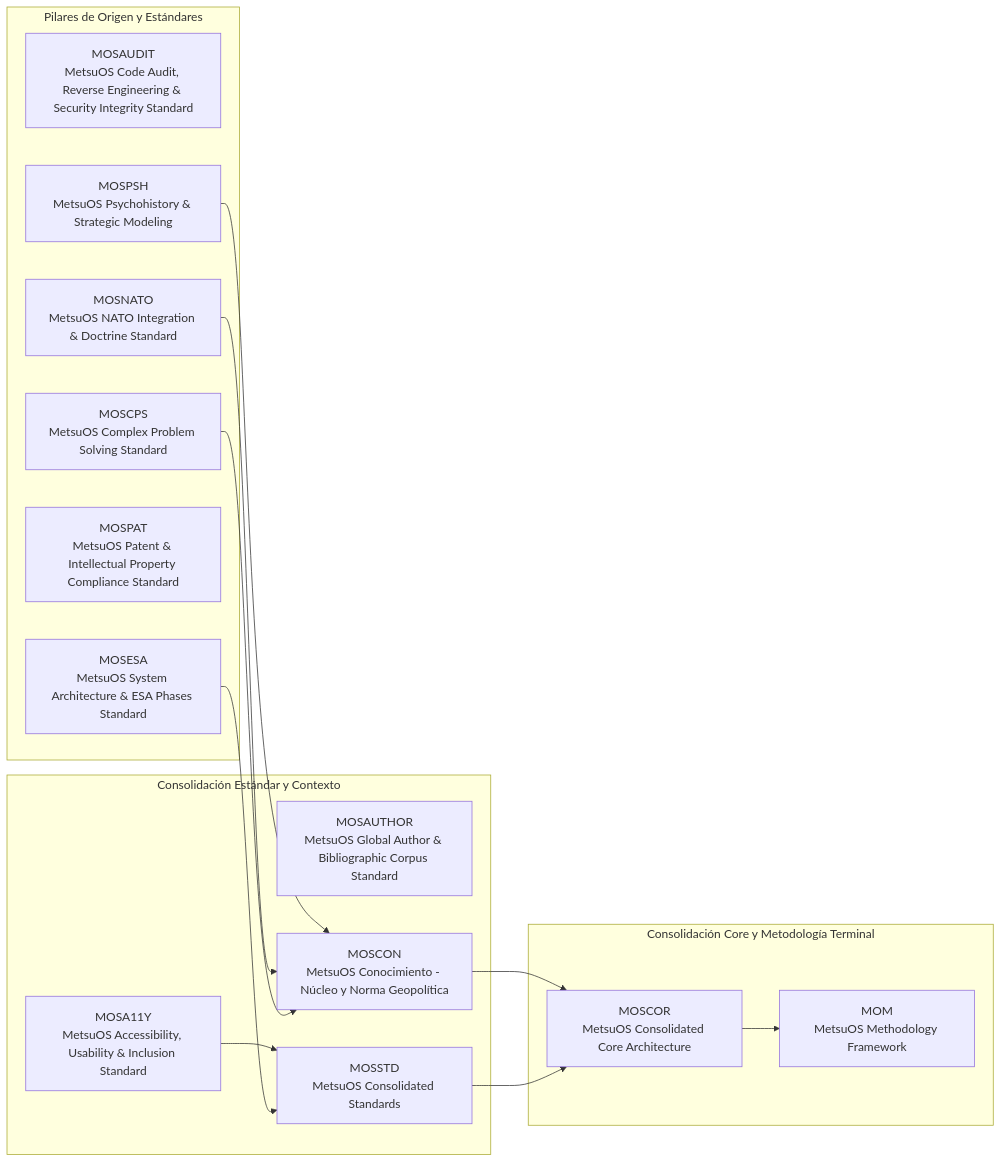
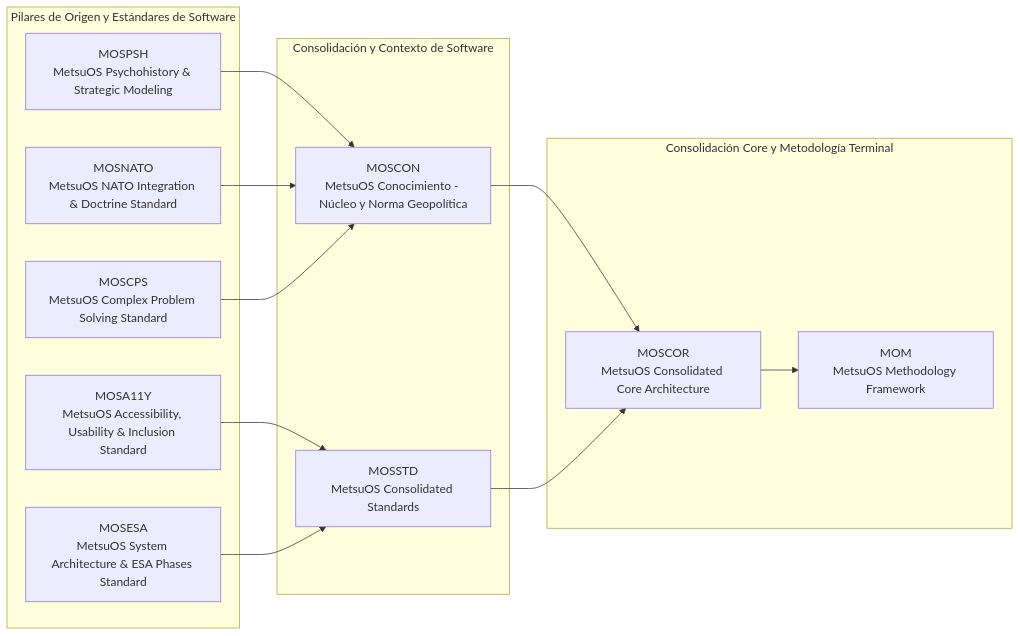
One commit to metsuke/mom changed the diagram in README.md. Above: the diagram before and after it, drawn with Mermaid. The commit also changed 85 other files, not shown here.

Commit message:
feat(mom): refactoriza compiler.py para dividir el grafo global en arquitectura de software vs bibliografia v0.5.2.35

````diff
--- a/README.md
+++ b/README.md
@@ -88,32 +88,29 @@
 ```mermaid
 graph LR
-    subgraph Capa_Origen [Pilares de Origen y Estándares]
-        MOSAUDIT["MOSAUDIT<br/>MetsuOS Code Audit, Reverse Engineering & Security Integrity Standard"]
+    subgraph Capa_Origen [Pilares de Origen y Estándares de Software]
+        MOSA11Y["MOSA11Y<br/>MetsuOS Accessibility, Usability & Inclusion Standard"]
         MOSCPS["MOSCPS<br/>MetsuOS Complex Problem Solving Standard"]
         MOSESA["MOSESA<br/>MetsuOS System Architecture & ESA Phases Standard"]
         MOSNATO["MOSNATO<br/>MetsuOS NATO Integration & Doctrine Standard"]
-        MOSPAT["MOSPAT<br/>MetsuOS Patent & Intellectual Property Compliance Standard"]
         MOSPSH["MOSPSH<br/>MetsuOS Psychohistory & Strategic Modeling"]
     end
 
-    subgraph Capa_Intermedia [Consolidación Estándar y Contexto]
-        MOSA11Y["MOSA11Y<br/>MetsuOS Accessibility, Usability & Inclusion Standard"]
-        MOSAUTHOR["MOSAUTHOR<br/>MetsuOS Global Author & Bibliographic Corpus Standard"]
+    subgraph Capa_Intermedia [Consolidación y Contexto de Software]
         MOSCON["MOSCON<br/>MetsuOS Conocimiento - Núcleo y Norma Geopolítica"]
         MOSSTD["MOSSTD<br/>MetsuOS Consolidated Standards"]
     end
 
     subgraph Capa_Core [Consolidación Core y Metodología Terminal]
         MOSCOR["MOSCOR<br/>MetsuOS Consolidated Core Architecture"]
         MOM["MOM<br/>MetsuOS Methodology Framework"]
     end
 
     MOSCOR --> MOM
     MOSPSH --> MOSCON
     MOSNATO --> MOSCON
     MOSCPS --> MOSCON
     MOSCON --> MOSCOR
     MOSSTD --> MOSCOR
     MOSA11Y --> MOSSTD
     MOSESA --> MOSSTD
 ```
````
